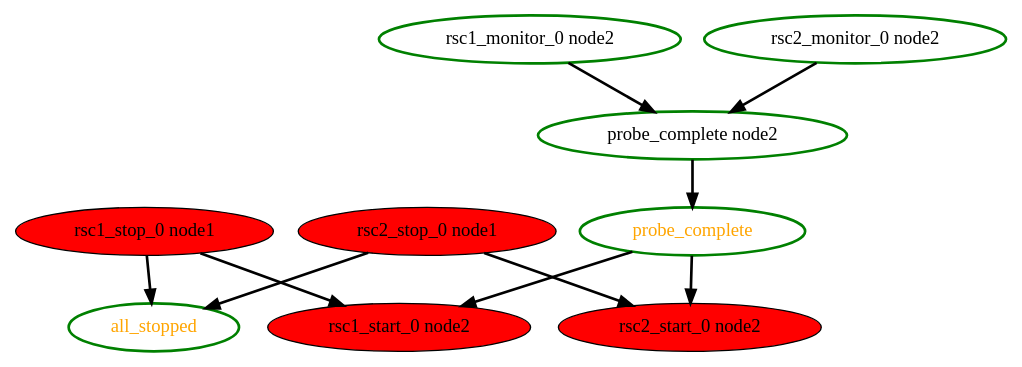
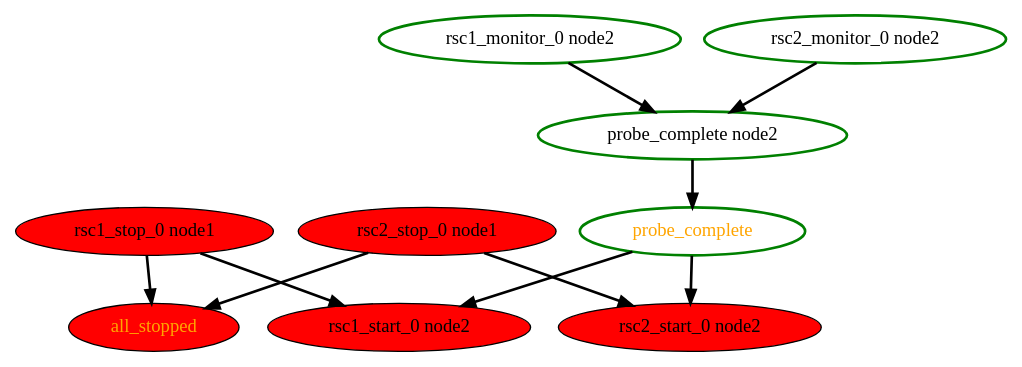
Before and after one commit to richiewen8/heartbeat: the diagram in crm/pengine/testcases/rec-node-10.dot, drawn with Graphviz. The commit also changed 4 other files, not shown here.

Commit message:
High: PE: The all_stopped action should only be part of the graph when the stop actions are runnable

```diff
--- a/crm/pengine/testcases/rec-node-10.dot
+++ b/crm/pengine/testcases/rec-node-10.dot
@@ -1,20 +1,20 @@
  digraph "g" {
-"all_stopped" [ style=bold color="green" fontcolor="orange"  ]
+"all_stopped" [ style=filled color="black" fontcolor="orange"  fillcolor=red]
 "probe_complete node2" -> "probe_complete" [ style = bold]
 "probe_complete node2" [ style=bold color="green" fontcolor="black" ]
 "probe_complete" -> "rsc1_start_0 node2" [ style = bold]
 "probe_complete" -> "rsc2_start_0 node2" [ style = bold]
 "probe_complete" [ style=bold color="green" fontcolor="orange" ]
 "rsc1_monitor_0 node2" -> "probe_complete node2" [ style = bold]
 "rsc1_monitor_0 node2" [ style=bold color="green" fontcolor="black" ]
 "rsc1_start_0 node2" [ style=filled color="black" fontcolor="black"  fillcolor=red]
 "rsc1_stop_0 node1" -> "all_stopped" [ style = bold]
 "rsc1_stop_0 node1" -> "rsc1_start_0 node2" [ style = bold]
 "rsc1_stop_0 node1" [ style=filled color="black" fontcolor="black"  fillcolor=red]
 "rsc2_monitor_0 node2" -> "probe_complete node2" [ style = bold]
 "rsc2_monitor_0 node2" [ style=bold color="green" fontcolor="black" ]
 "rsc2_start_0 node2" [ style=filled color="black" fontcolor="black"  fillcolor=red]
 "rsc2_stop_0 node1" -> "all_stopped" [ style = bold]
 "rsc2_stop_0 node1" -> "rsc2_start_0 node2" [ style = bold]
 "rsc2_stop_0 node1" [ style=filled color="black" fontcolor="black"  fillcolor=red]
 }
```
